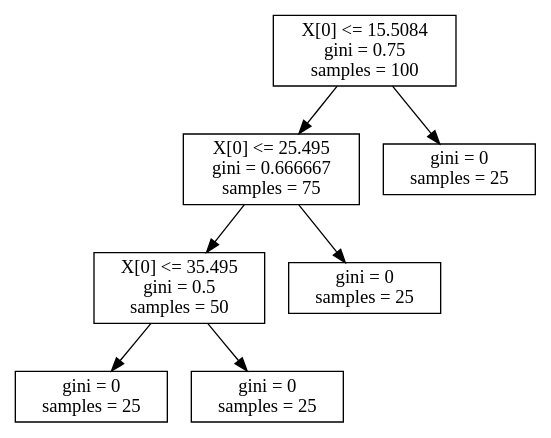
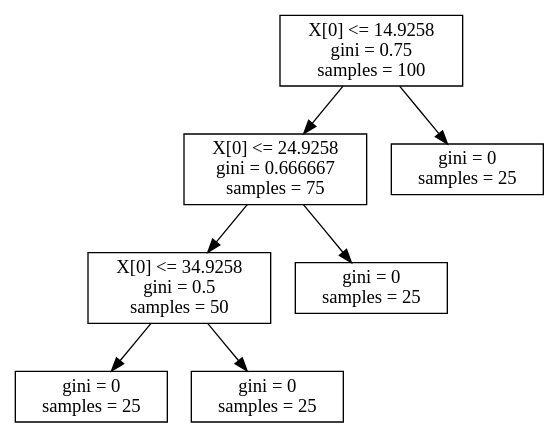
The diagram in tree.dot (alex6792/ImageProcessingLib), drawn with Graphviz before and after one commit. The commit also changed 9 other files, not shown here.

```diff
--- a/tree.dot
+++ b/tree.dot
@@ -1,16 +1,16 @@
 digraph Tree {
 node [shape=box]
-0 [label="X[0] <= 15.5084\ngini = 0.75\nsamples = 100\n"] ;
+0 [label="X[0] <= 14.9258\ngini = 0.75\nsamples = 100\n"] ;
 0 -> 1 ;
 0 -> 2 ;
-1 [label="X[0] <= 25.495\ngini = 0.666667\nsamples = 75\n"] ;
+1 [label="X[0] <= 24.9258\ngini = 0.666667\nsamples = 75\n"] ;
 1 -> 3 ;
 1 -> 4 ;
 2 [label="gini = 0\nsamples = 25\n"] ;
-3 [label="X[0] <= 35.495\ngini = 0.5\nsamples = 50\n"] ;
+3 [label="X[0] <= 34.9258\ngini = 0.5\nsamples = 50\n"] ;
 3 -> 5 ;
 3 -> 6 ;
 4 [label="gini = 0\nsamples = 25\n"] ;
 5 [label="gini = 0\nsamples = 25\n"] ;
 6 [label="gini = 0\nsamples = 25\n"] ;
 }
```
